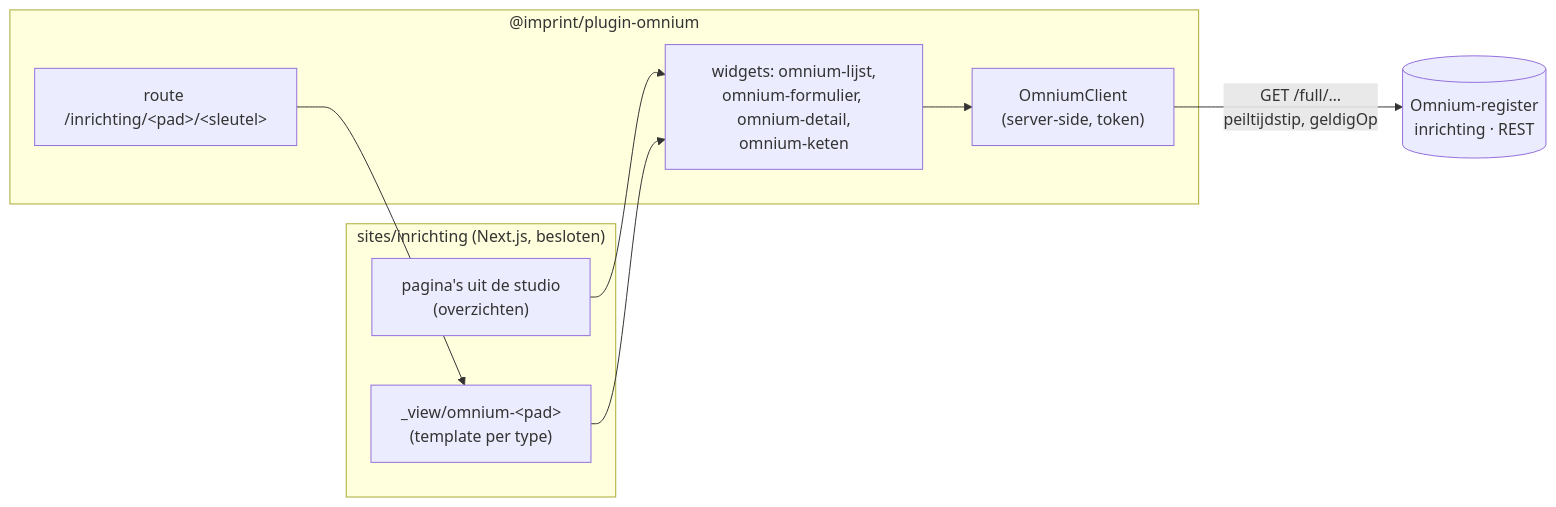
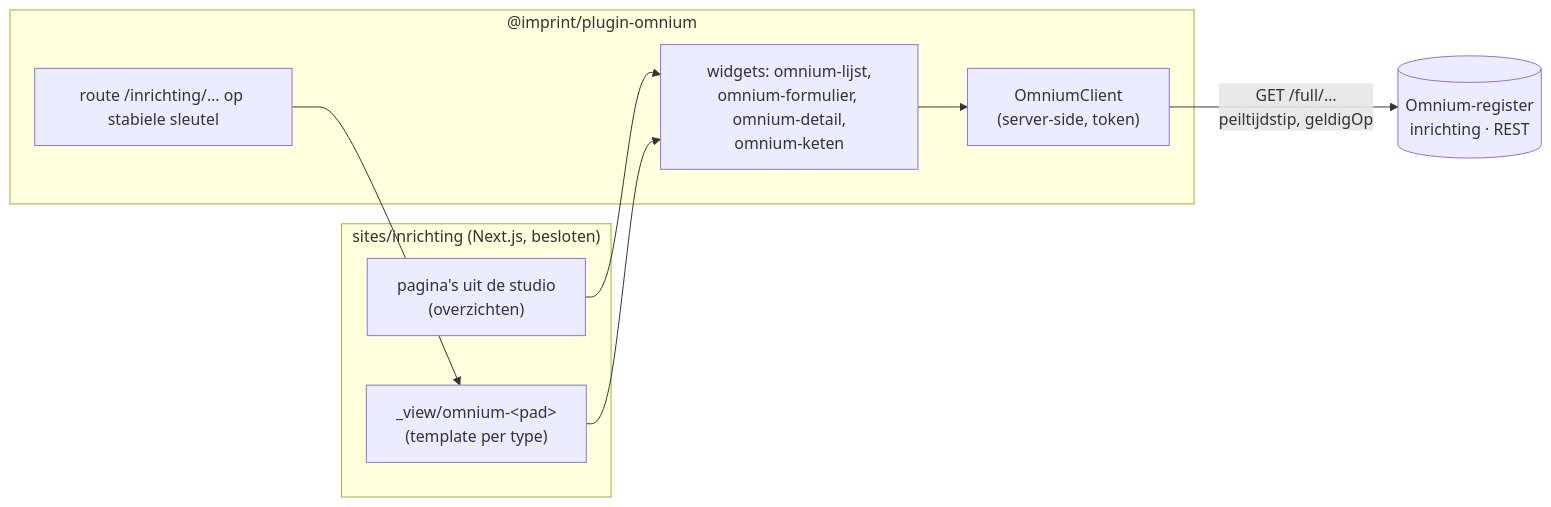
One commit to MarkWestbroek/imprint-engine changed the diagram in docs/design/omnium-inrichting.md. Above: the diagram before and after it, drawn with Mermaid. The commit also changed other lines of this file, not shown here.

````diff
--- a/docs/design/omnium-inrichting.md
+++ b/docs/design/omnium-inrichting.md
@@ -33,16 +33,16 @@
 ```mermaid
 flowchart LR
     subgraph Site["sites/inrichting (Next.js, besloten)"]
       P["pagina's uit de studio<br/>(overzichten)"]
       V["_view/omnium-&lt;pad&gt;<br/>(template per type)"]
     end
     subgraph Plugin["@imprint/plugin-omnium"]
-      R["route /inrichting/&lt;pad&gt;/&lt;sleutel&gt;"]
+      R["route /inrichting/… op stabiele sleutel"]
       W["widgets: omnium-lijst,<br/>omnium-formulier, omnium-detail,<br/>omnium-keten"]
       C["OmniumClient<br/>(server-side, token)"]
     end
     O[("Omnium-register<br/>inrichting · REST")]
     P --> W
     R --> V --> W
     W --> C -->|"GET /full/…<br/>peiltijdstip, geldigOp"| O
 ```
````
